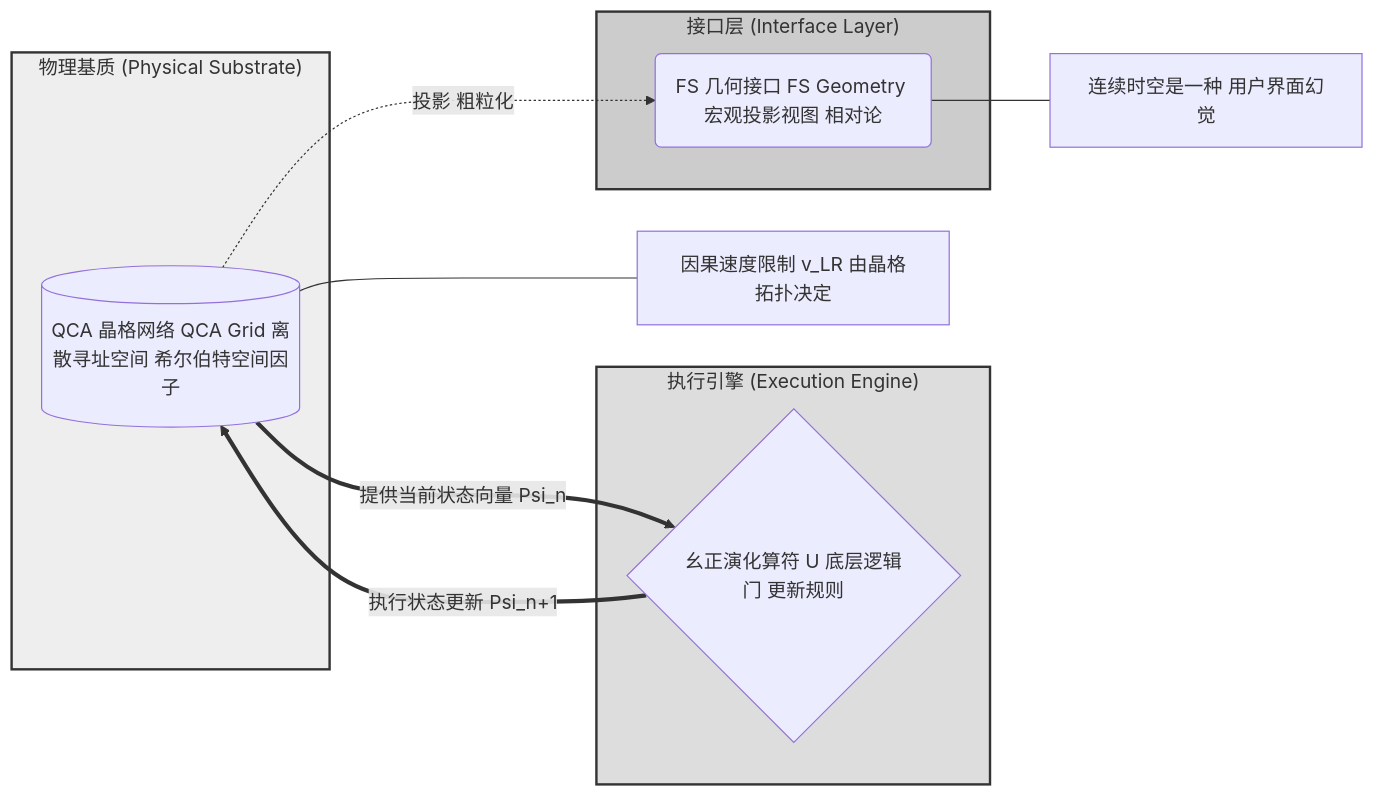
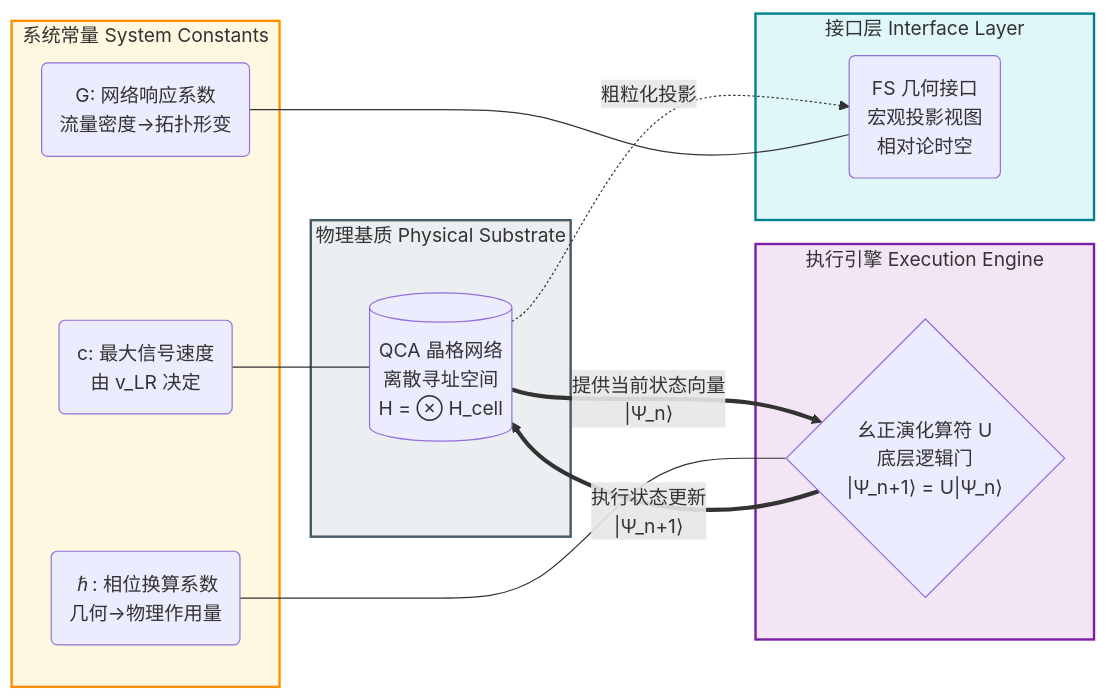
One commit to loning/the-omega changed the second of 5 diagrams in docs/books/book-matrix-source-code-of-universe/appendices/appendix-e-01-the-universe-kernel-architecture-diagram.md. Above: the diagram before and after it, drawn with Mermaid. The commit also changed other lines of this file and 1 other file, not shown here.

````diff
--- a/docs/books/book-matrix-source-code-of-universe/appendices/appendix-e-01-the-universe-kernel-architecture-diagram.md
+++ b/docs/books/book-matrix-source-code-of-universe/appendices/appendix-e-01-the-universe-kernel-architecture-diagram.md
@@ -139,55 +88,32 @@
 ```mermaid
 graph LR
-
-    subgraph PhysicalSubstrate ["物理基质 (Physical Substrate)"]
-
-        style PhysicalSubstrate fill:#eee,stroke:#333,stroke-width:2px
-
-        QCA_Grid[("QCA 晶格网络 QCA Grid 离散寻址空间 希尔伯特空间因子")]
-
+    subgraph PhysicalSubstrate ["物理基质 Physical Substrate"]
+        style PhysicalSubstrate fill:#ECEFF1,stroke:#455A64,stroke-width:2px
+        QCA_Grid[("QCA 晶格网络<br/>离散寻址空间<br/>H = ⊗ H_cell")]
     end
 
-
-
-    subgraph ExecutionEngine ["执行引擎 (Execution Engine)"]
-
-        style ExecutionEngine fill:#ddd,stroke:#333,stroke-width:2px
-
-        UnitaryOp{"幺正演化算符 U 底层逻辑门 更新规则"}
-
+    subgraph ExecutionEngine ["执行引擎 Execution Engine"]
+        style ExecutionEngine fill:#F3E5F5,stroke:#7B1FA2,stroke-width:2px
+        UnitaryOp{"幺正演化算符 U<br/>底层逻辑门<br/>|Ψ_n+1⟩ = U|Ψ_n⟩"}
     end
 
-
-
-    subgraph InterfaceLayer ["接口层 (Interface Layer)"]
-
-        style InterfaceLayer fill:#ccc,stroke:#333,stroke-width:2px
-
-        FS_Geometry("FS 几何接口 FS Geometry 宏观投影视图 相对论")
-
+    subgraph InterfaceLayer ["接口层 Interface Layer"]
+        style InterfaceLayer fill:#E0F7FA,stroke:#00838F,stroke-width:2px
+        FS_Geometry("FS 几何接口<br/>宏观投影视图<br/>相对论时空")
     end
 
+    subgraph Constants ["系统常量 System Constants"]
+        style Constants fill:#FFF8E1,stroke:#FF8F00,stroke-width:2px
+        Const_c("c: 最大信号速度<br/>由 v_LR 决定")
+        Const_h("ℏ: 相位换算系数<br/>几何→物理作用量")
+        Const_G("G: 网络响应系数<br/>流量密度→拓扑形变")
+    end
 
+    QCA_Grid ==>|"提供当前状态向量<br/>|Ψ_n⟩"| UnitaryOp
+    UnitaryOp ==>|"执行状态更新<br/>|Ψ_n+1⟩"| QCA_Grid
+    QCA_Grid -.->|"粗粒化投影"| FS_Geometry
 
-    %% 连接
-
-    QCA_Grid ==>|提供当前状态向量 Psi_n| UnitaryOp
-
-    UnitaryOp ==>|执行状态更新 Psi_n+1| QCA_Grid
-
-    QCA_Grid -.->|投影 粗粒化| FS_Geometry
-
-
-
-    %% 注释连接
-
-    note1[因果速度限制 v_LR 由晶格拓扑决定]
-
-    note2[连续时空是一种 用户界面幻觉]
-
-
-
-    QCA_Grid --- note1
-
-    FS_Geometry --- note2
+    Const_c --- QCA_Grid
+    Const_h --- UnitaryOp
+    Const_G --- FS_Geometry
 ```
````
